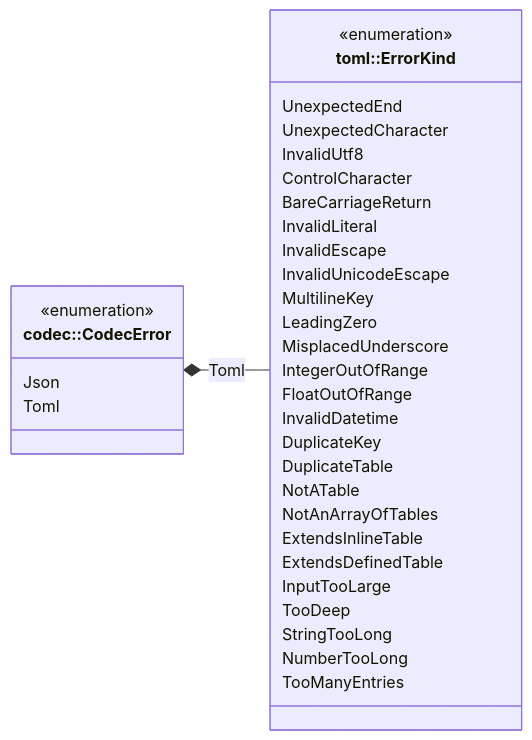
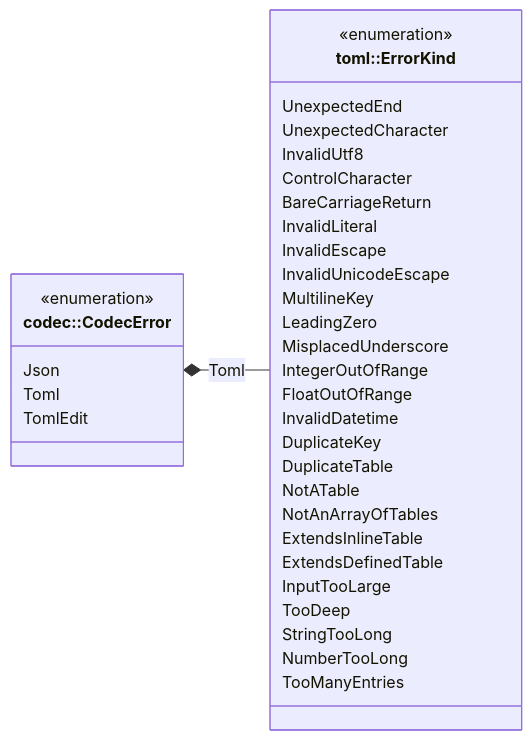
Diagram 16 of 29 in diagrams/class-diagrams.md (jabbott-iii/Tidepool), drawn with Mermaid before and after one commit. The commit also changed other lines of this file and 30 other files, not shown here.

````diff
--- a/diagrams/class-diagrams.md
+++ b/diagrams/class-diagrams.md
@@ -1161,38 +1166,39 @@
 ```mermaid
 classDiagram
     direction LR
     class CodecError["codec::CodecError"] {
         <<enumeration>>
         Json
         Toml
+        TomlEdit
     }
     class ErrorKind["toml::ErrorKind"] {
         <<enumeration>>
         UnexpectedEnd
         UnexpectedCharacter
         InvalidUtf8
         ControlCharacter
         BareCarriageReturn
         InvalidLiteral
         InvalidEscape
         InvalidUnicodeEscape
         MultilineKey
         LeadingZero
         MisplacedUnderscore
         IntegerOutOfRange
         FloatOutOfRange
         InvalidDatetime
         DuplicateKey
         DuplicateTable
         NotATable
         NotAnArrayOfTables
         ExtendsInlineTable
         ExtendsDefinedTable
         InputTooLarge
         TooDeep
         StringTooLong
         NumberTooLong
         TooManyEntries
     }
     CodecError *-- ErrorKind : Toml
 ```
````
